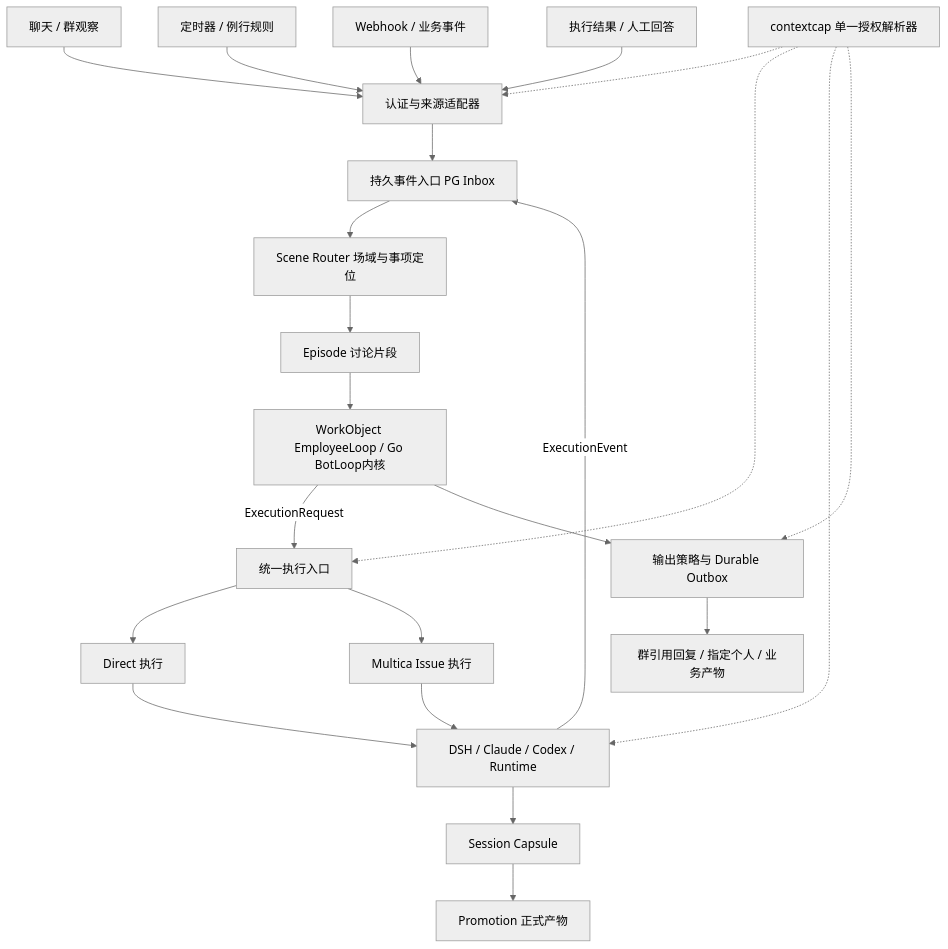
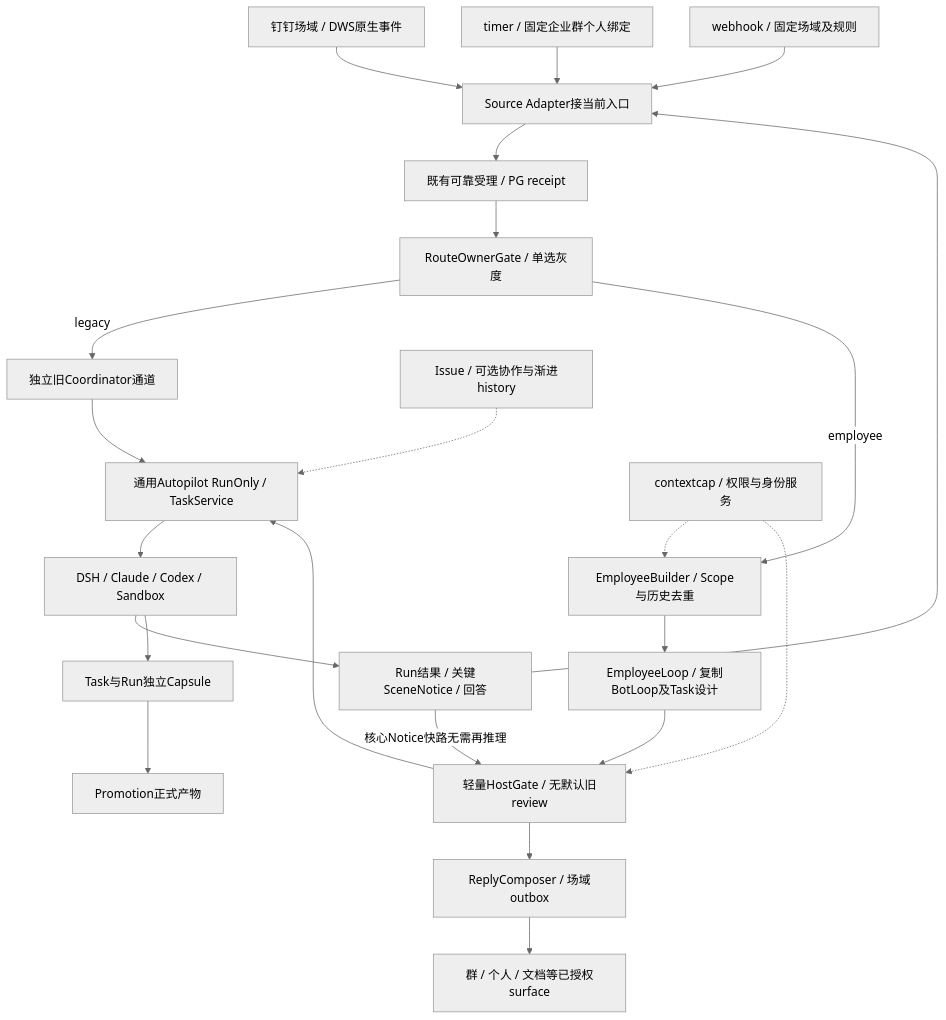
One commit to D1-2004/multica changed the first of 3 diagrams in docs/plans/2026-09-30/employee-loop-design.md. Above: the diagram before and after it, drawn with Mermaid (neutral theme). The commit also changed other lines of this file and 4 other files, not shown here.

First line of the commit message:
docs(employee-loop): 细化场域 Builder 和 RunOnly Task 并保留灰度通道

````diff
--- a/docs/plans/2026-09-30/employee-loop-design.md
+++ b/docs/plans/2026-09-30/employee-loop-design.md
@@ -47,25 +48,25 @@
 ```mermaid
 flowchart TD
-  IM[聊天 / 群观察] --> IN[认证与来源适配器]
-  TM[定时器 / 例行规则] --> IN
-  WH[Webhook / 业务事件] --> IN
-  EX[执行结果 / 人工回答] --> IN
-  IN --> EV[持久事件入口 PG Inbox]
-  EV --> SC[Scene Router 场域与事项定位]
-  SC --> EP[Episode 讨论片段]
-  EP --> WO[WorkObject EmployeeLoop / Go BotLoop内核]
-  WO -->|ExecutionRequest| DR[统一执行入口]
-  DR --> DI[Direct 执行]
-  DR --> IS[Multica Issue 执行]
-  DI --> HW[DSH / Claude / Codex / Runtime]
-  IS --> HW
-  HW -->|ExecutionEvent| EV
-  WO --> OP[输出策略与 Durable Outbox]
-  OP --> CH[群引用回复 / 指定个人 / 业务产物]
-  HW --> CP[Session Capsule]
-  CP --> AR[Promotion 正式产物]
-  CAP[contextcap 单一授权解析器] -.-> IN
-  CAP -.-> DR
-  CAP -.-> HW
-  CAP -.-> OP
+  DT[钉钉场域 / DWS原生事件] --> AD[Source Adapter接当前入口]
+  TM[timer / 固定企业群个人绑定] --> AD
+  WH[webhook / 固定场域及规则] --> AD
+  EX[Run结果 / 关键SceneNotice / 回答] --> AD
+  AD --> PG[既有可靠受理 / PG receipt]
+  PG --> RT[RouteOwnerGate / 单选灰度]
+  RT -->|legacy| LC[独立旧Coordinator通道]
+  RT -->|employee| BU[EmployeeBuilder / Scope与历史去重]
+  BU --> EL[EmployeeLoop / 复制BotLoop及Task设计]
+  EL --> HG[轻量HostGate / 无默认旧review]
+  HG --> RUN[通用Autopilot RunOnly / TaskService]
+  LC --> RUN
+  RUN --> HW[DSH / Claude / Codex / Sandbox]
+  HW --> EX
+  HG --> OP[ReplyComposer / 场域outbox]
+  EX -->|核心Notice快路无需再推理| HG
+  OP --> CH[群 / 个人 / 文档等已授权surface]
+  HW --> CP[Task与Run独立Capsule]
+  CP --> ART[Promotion正式产物]
+  IS[Issue / 可选协作与渐进history] -.-> RUN
+  CAP[contextcap / 权限与身份服务] -.-> BU
+  CAP -.-> HG
 ```
````
